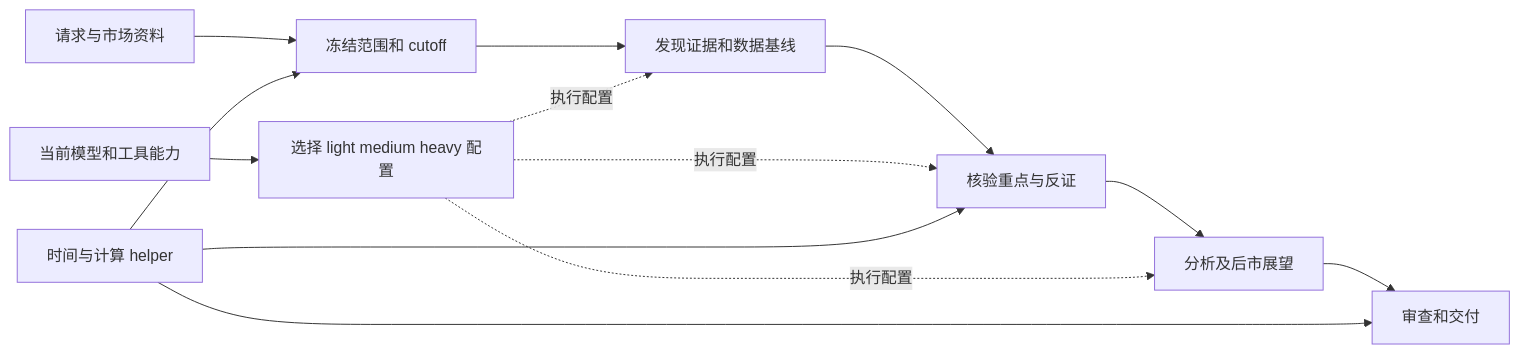
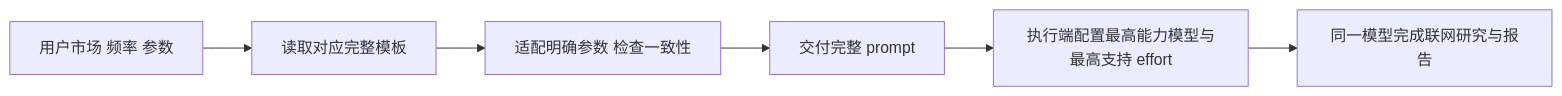
One commit to bitpunklabs/market-brief changed the diagram in design-docs/market-brief-skill-architecture.md. Above: the diagram before and after it, drawn with Mermaid. The commit also changed other lines of this file and 35 other files, not shown here.

````diff
--- a/design-docs/market-brief-skill-architecture.md
+++ b/design-docs/market-brief-skill-architecture.md
@@ -55,15 +23,8 @@
 ```mermaid
 flowchart LR
-    A[请求与市场资料] --> B[冻结范围和 cutoff]
-    B --> C[发现证据和数据基线]
-    C --> D[核验重点与反证]
-    D --> E[分析及后市展望]
-    E --> F[审查和交付]
-    H[当前模型和工具能力] --> R[选择 light medium heavy 配置]
-    R -.执行配置.-> C
-    R -.执行配置.-> D
-    R -.执行配置.-> E
-    P[时间与计算 helper] --> B
-    P --> D
-    P --> F
+  A[用户市场 频率 参数] --> B[读取对应完整模板]
+  B --> C[适配明确参数 检查一致性]
+  C --> D[交付完整 prompt]
+  D --> E[执行端配置最高能力模型与最高支持 effort]
+  E --> F[同一模型完成联网研究与报告]
 ```
````
